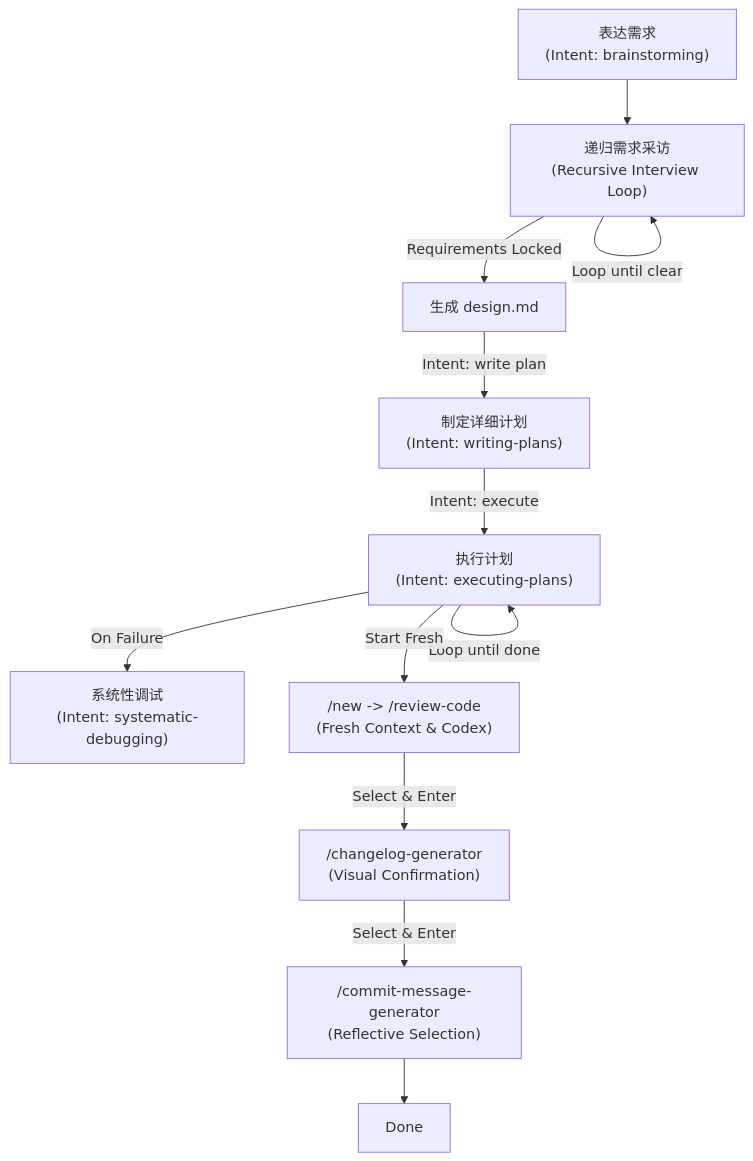
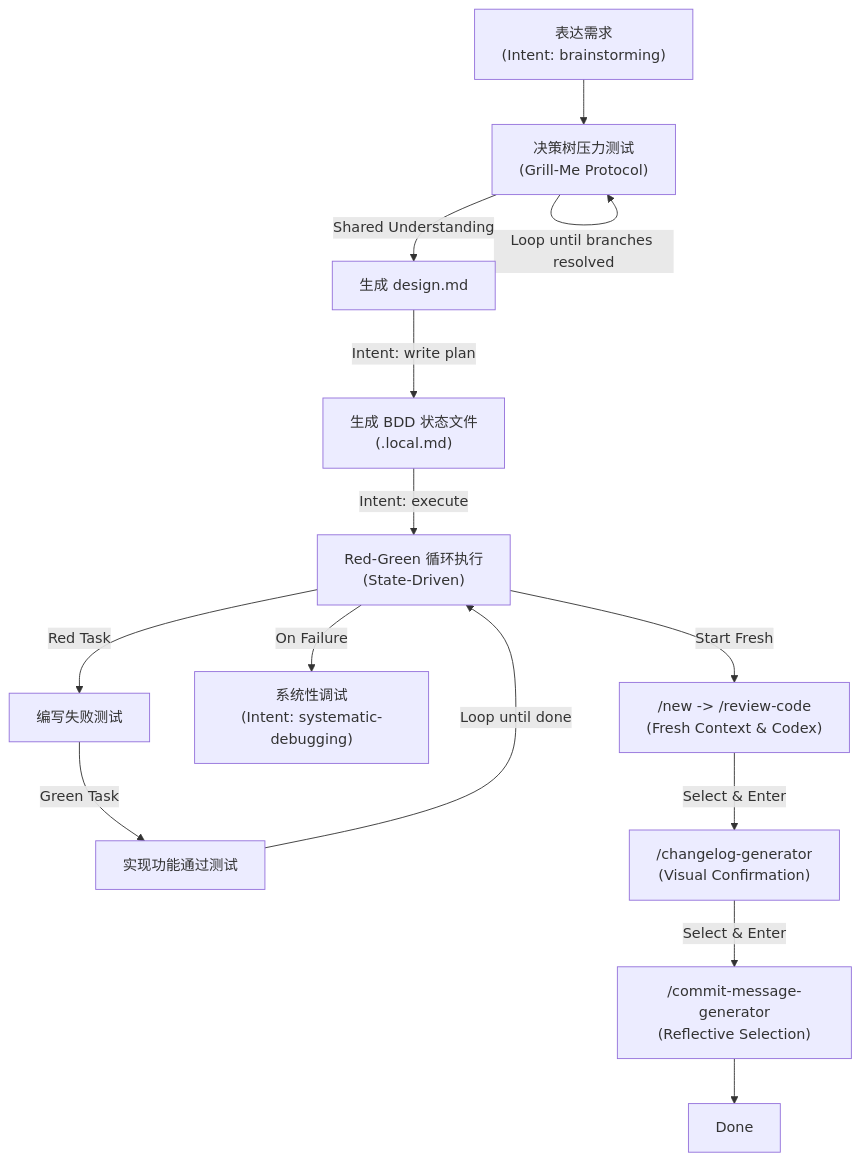
Before and after one commit to zzpwestlife/learn-claude-code: the diagram in README.md, drawn with Mermaid. The commit also changed other lines of this file and 16 other files, not shown here.

````diff
--- a/README.md
+++ b/README.md
@@ -76,14 +76,16 @@
 ```mermaid
 graph TD
-    Start["表达需求<br/>(Intent: brainstorming)"] --> Interview["递归需求采访<br/>(Recursive Interview Loop)"]
-    Interview -->|Loop until clear| Interview
-    Interview -->|Requirements Locked| Optimize["生成 design.md"]
-    Optimize -->|Intent: write plan| Plan["制定详细计划<br/>(Intent: writing-plans)"]
-    Plan -->|Intent: execute| Execute["执行计划<br/>(Intent: executing-plans)"]
-    Execute -->|Loop until done| Execute
+    Start["表达需求<br/>(Intent: brainstorming)"] --> Interview["决策树压力测试<br/>(Grill-Me Protocol)"]
+    Interview -->|Loop until branches resolved| Interview
+    Interview -->|Shared Understanding| Optimize["生成 design.md"]
+    Optimize -->|Intent: write plan| Plan["生成 BDD 状态文件<br/>(.local.md)"]
+    Plan -->|Intent: execute| Execute["Red-Green 循环执行<br/>(State-Driven)"]
+    Execute -->|Red Task| Red["编写失败测试"]
+    Red -->|Green Task| Green["实现功能通过测试"]
+    Green -->|Loop until done| Execute
     Execute -->|On Failure| Debug["系统性调试<br/>(Intent: systematic-debugging)"]
     Execute -->|Start Fresh| Review["/new -> /review-code<br/>(Fresh Context & Codex)"]
     Review -->|Select & Enter| Changelog["/changelog-generator<br/>(Visual Confirmation)"]
     Changelog -->|Select & Enter| Commit["/commit-message-generator<br/>(Reflective Selection)"]
     Commit --> Finish[Done]
 ```
````
